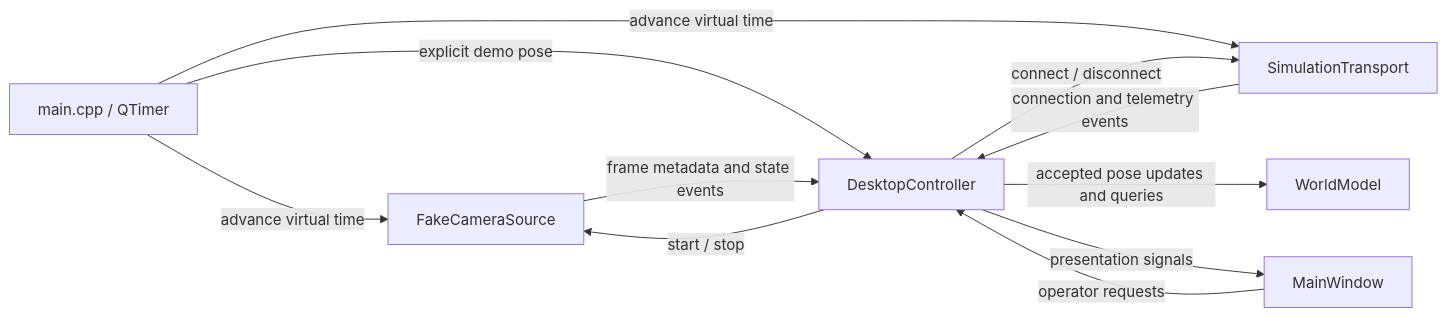
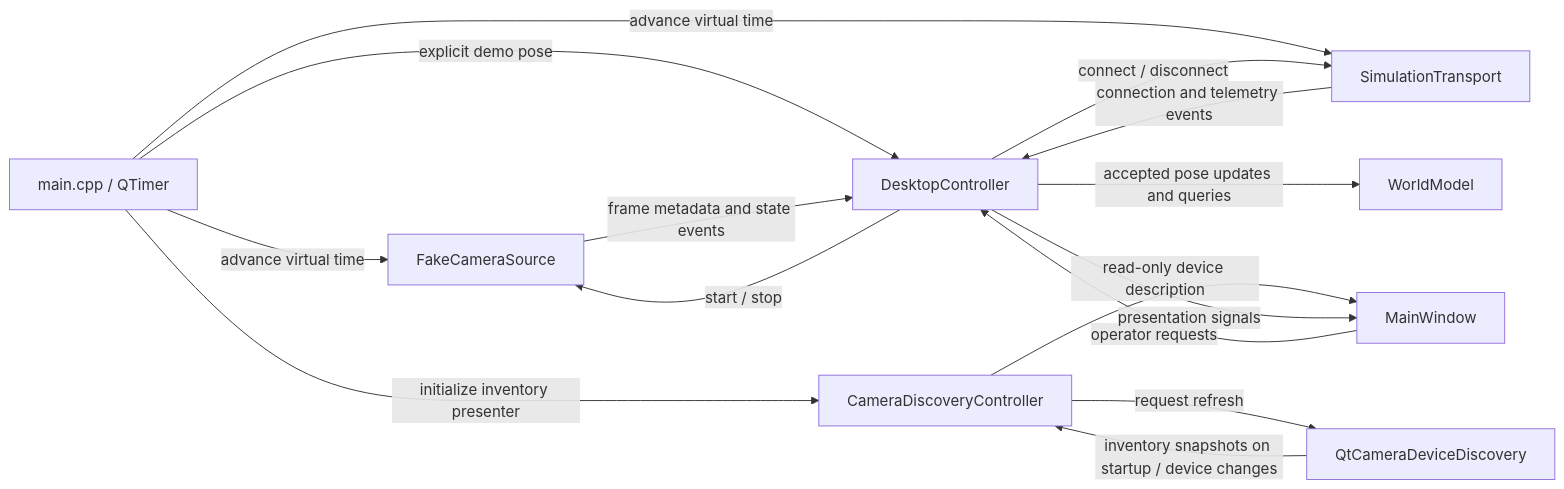
Before and after one commit to Krzys2002/Mini_Robot: the diagram in Mini_Robot/docs/overview/architecture.md, drawn with Mermaid. The commit also changed other lines of this file and 8 other files, not shown here.

Commit message:
docs(camera): align discovery guides with milestone documentation (#29)

````diff
--- a/Mini_Robot/docs/overview/architecture.md
+++ b/Mini_Robot/docs/overview/architecture.md
@@ -51,13 +56,17 @@
 ```mermaid
 flowchart LR
     Main[main.cpp / QTimer] -->|advance virtual time| Camera[FakeCameraSource]
     Main -->|advance virtual time| Transport[SimulationTransport]
+    Main -->|initialize inventory presenter| Presenter[CameraDiscoveryController]
+    Presenter -->|request refresh| Discovery[QtCameraDeviceDiscovery]
+    Discovery -->|inventory snapshots on startup / device changes| Presenter
+    Presenter -->|read-only device description| UI[MainWindow]
     Main -->|explicit demo pose| Controller[DesktopController]
     Camera -->|frame metadata and state events| Controller
     Transport -->|connection and telemetry events| Controller
-    UI[MainWindow] -->|operator requests| Controller
+    UI -->|operator requests| Controller
     Controller -->|start / stop| Camera
     Controller -->|connect / disconnect| Transport
     Controller -->|accepted pose updates and queries| World[WorldModel]
     Controller -->|presentation signals| UI
 ```
````
